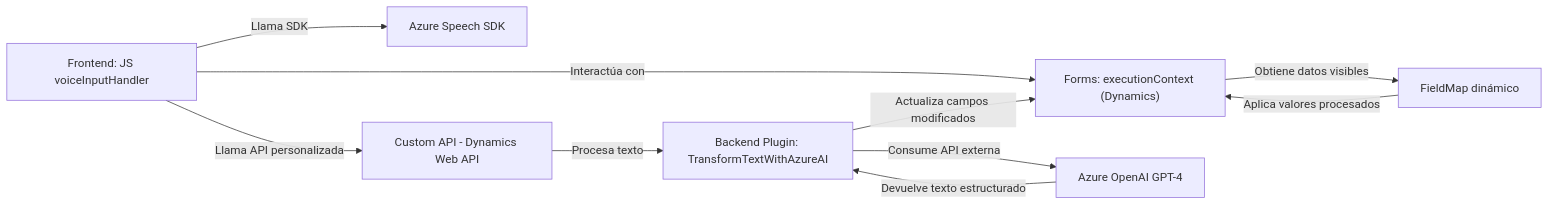
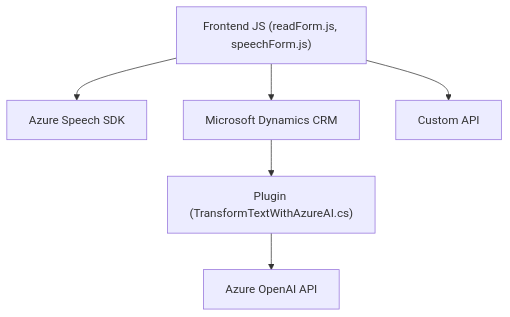
One commit to blopezdm/NETCORE_BILBAO2025 changed the diagram in README.md. Above: the diagram before and after it, drawn with Mermaid. The commit also changed other lines of this file, not shown here.

Commit message:
Actualizar análisis global de la solución con IA

````diff
--- a/README.md
+++ b/README.md
@@ -35,13 +58,15 @@
 ```mermaid
-graph LR
-    A["Frontend: JS voiceInputHandler"] -- Llama SDK --> B["Azure Speech SDK"]
-    A -- Interactúa con --> C["Forms: executionContext (Dynamics)"]
-    C -- Obtiene datos visibles --> D["FieldMap dinámico"]
-    D -- Aplica valores procesados --> C
-
-    A -- Llama API personalizada --> E["Custom API - Dynamics Web API"]
-    E -- Procesa texto --> F["Backend Plugin: TransformTextWithAzureAI"]
-    F -- Consume API externa --> G["Azure OpenAI GPT-4"]
-    G -- Devuelve texto estructurado --> F
-    F -- Actualiza campos modificados --> C
+graph TD
+    A["Frontend JS (readForm.js, speechForm.js)"]
+    B["Azure Speech SDK"]
+    C["Microsoft Dynamics CRM"]
+    D["Plugin (TransformTextWithAzureAI.cs)"]
+    E["Azure OpenAI API"]
+    F["Custom API"]
+    
+    A --> B
+    A --> C
+    A --> F
+    C --> D
+    D --> E
 ```
````
